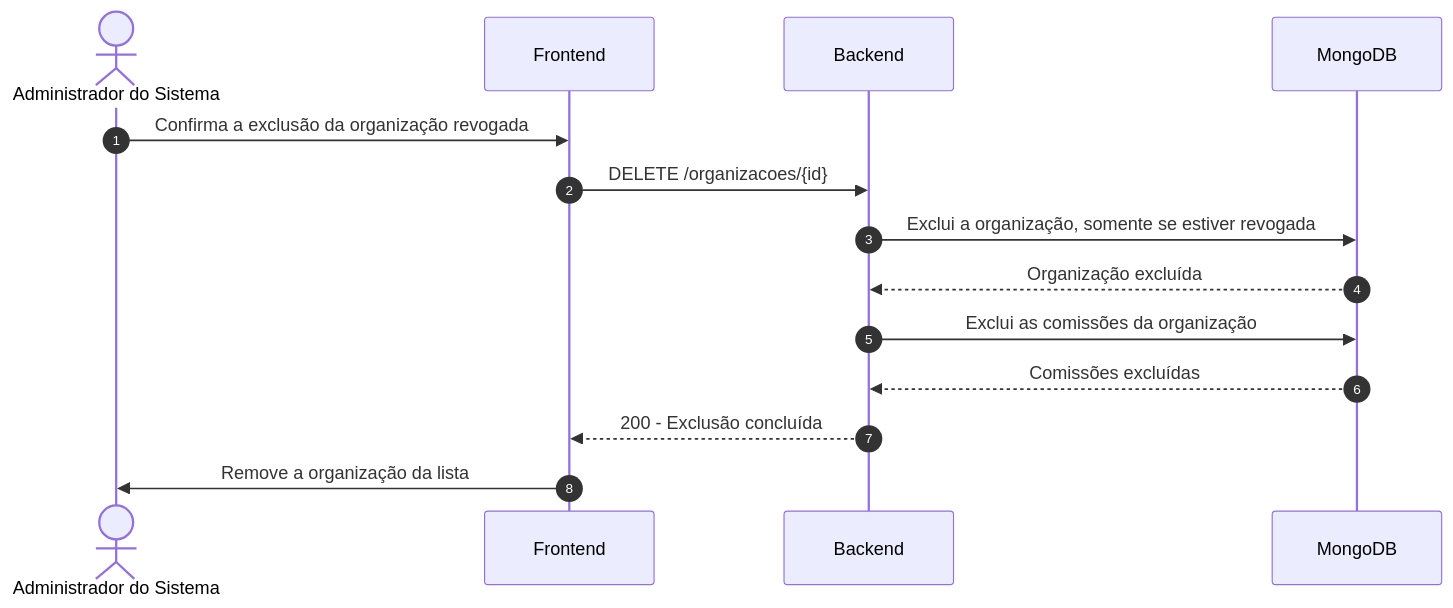
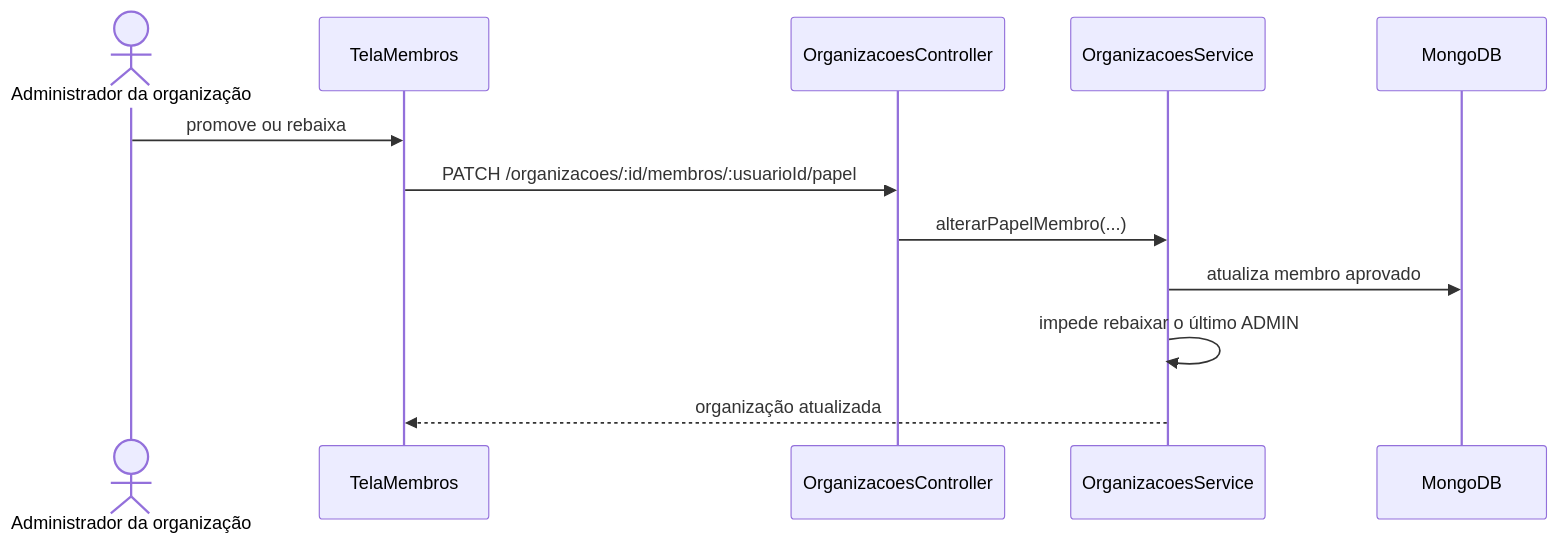
One commit to Conecta-IFSP/DOCUMENTATION changed the eighth of 8 diagrams in 2 - Incremento1/cadastro-organizacao/6 - diagramas-sequencia-cadastro-organizacao.md. Above: the diagram before and after it, drawn with Mermaid. The commit also changed other lines of this file and 43 other files, not shown here.

````diff
--- a/2 - Incremento1/cadastro-organizacao/6 - diagramas-sequencia-cadastro-organizacao.md
+++ b/2 - Incremento1/cadastro-organizacao/6 - diagramas-sequencia-cadastro-organizacao.md
@@ -99,17 +132,14 @@
 ```mermaid
 sequenceDiagram
-    autonumber
-    actor AdminSis as Administrador do Sistema
-    participant Front as Frontend
-    participant API as Backend
+    actor A as Administrador da organização
+    participant T as TelaMembros
+    participant C as OrganizacoesController
+    participant S as OrganizacoesService
     participant DB as MongoDB
-
-    AdminSis->>Front: Confirma a exclusão da organização revogada
-    Front->>API: DELETE /organizacoes/{id}
-    API->>DB: Exclui a organização, somente se estiver revogada
-    DB-->>API: Organização excluída
-    API->>DB: Exclui as comissões da organização
-    DB-->>API: Comissões excluídas
-    API-->>Front: 200 - Exclusão concluída
-    Front->>AdminSis: Remove a organização da lista
+    A->>T: promove ou rebaixa
+    T->>C: PATCH /organizacoes/:id/membros/:usuarioId/papel
+    C->>S: alterarPapelMembro(...)
+    S->>DB: atualiza membro aprovado
+    S->>S: impede rebaixar o último ADMIN
+    S-->>T: organização atualizada
 ```
````
